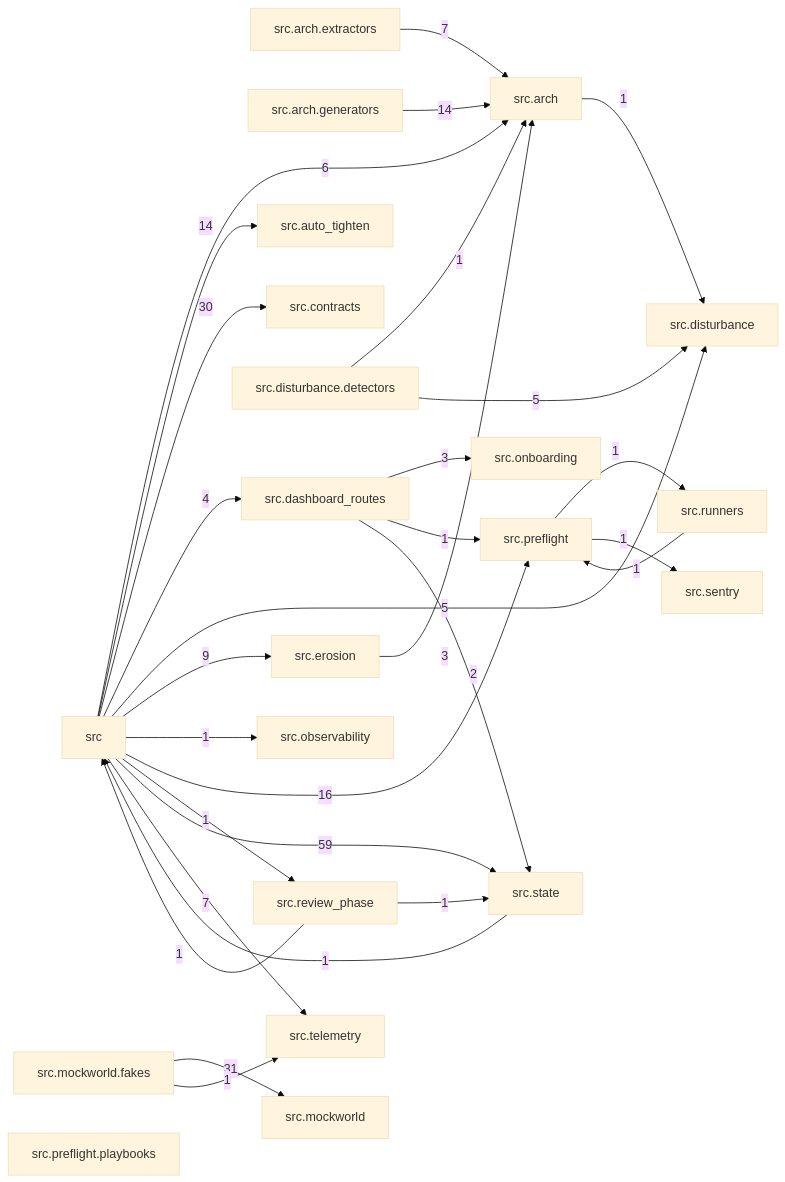
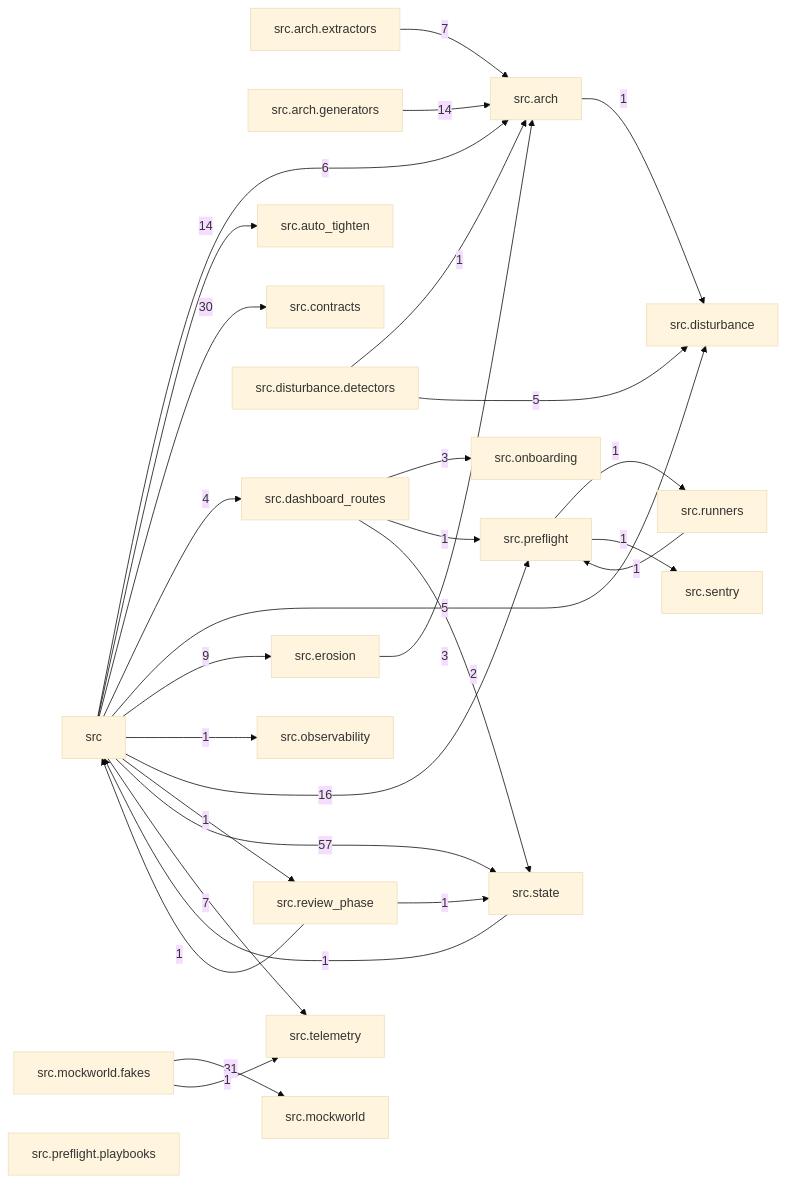
The diagram in docs/arch/generated/modules.md (T-rav/hydraflow), drawn with Mermaid (base theme) before and after one commit. The commit also changed 102 other files, not shown here.

````diff
--- a/docs/arch/generated/modules.md
+++ b/docs/arch/generated/modules.md
@@ -7,52 +7,52 @@
 ```mermaid
 graph LR
     src["src"]
     src_arch["src.arch"]
     src_arch_extractors["src.arch.extractors"]
     src_arch_generators["src.arch.generators"]
     src_auto_tighten["src.auto_tighten"]
     src_contracts["src.contracts"]
     src_dashboard_routes["src.dashboard_routes"]
     src_disturbance["src.disturbance"]
     src_disturbance_detectors["src.disturbance.detectors"]
     src_erosion["src.erosion"]
     src_mockworld["src.mockworld"]
     src_mockworld_fakes["src.mockworld.fakes"]
     src_observability["src.observability"]
     src_onboarding["src.onboarding"]
     src_preflight["src.preflight"]
     src_preflight_playbooks["src.preflight.playbooks"]
     src_review_phase["src.review_phase"]
     src_runners["src.runners"]
     src_sentry["src.sentry"]
     src_state["src.state"]
     src_telemetry["src.telemetry"]
     src -- "6" --> src_arch
     src -- "14" --> src_auto_tighten
     src -- "30" --> src_contracts
     src -- "4" --> src_dashboard_routes
     src -- "5" --> src_disturbance
     src -- "9" --> src_erosion
     src -- "1" --> src_observability
     src -- "16" --> src_preflight
     src -- "1" --> src_review_phase
-    src -- "59" --> src_state
+    src -- "57" --> src_state
     src -- "7" --> src_telemetry
     src_arch -- "1" --> src_disturbance
     src_arch_extractors -- "7" --> src_arch
     src_arch_generators -- "14" --> src_arch
     src_dashboard_routes -- "3" --> src_onboarding
     src_dashboard_routes -- "1" --> src_preflight
     src_dashboard_routes -- "2" --> src_state
     src_disturbance_detectors -- "1" --> src_arch
     src_disturbance_detectors -- "5" --> src_disturbance
     src_erosion -- "3" --> src_arch
     src_mockworld_fakes -- "31" --> src_mockworld
     src_mockworld_fakes -- "1" --> src_telemetry
     src_preflight -- "1" --> src_runners
     src_preflight -- "1" --> src_sentry
     src_review_phase -- "1" --> src
     src_review_phase -- "1" --> src_state
     src_runners -- "1" --> src_preflight
     src_state -- "1" --> src
 ```
````
